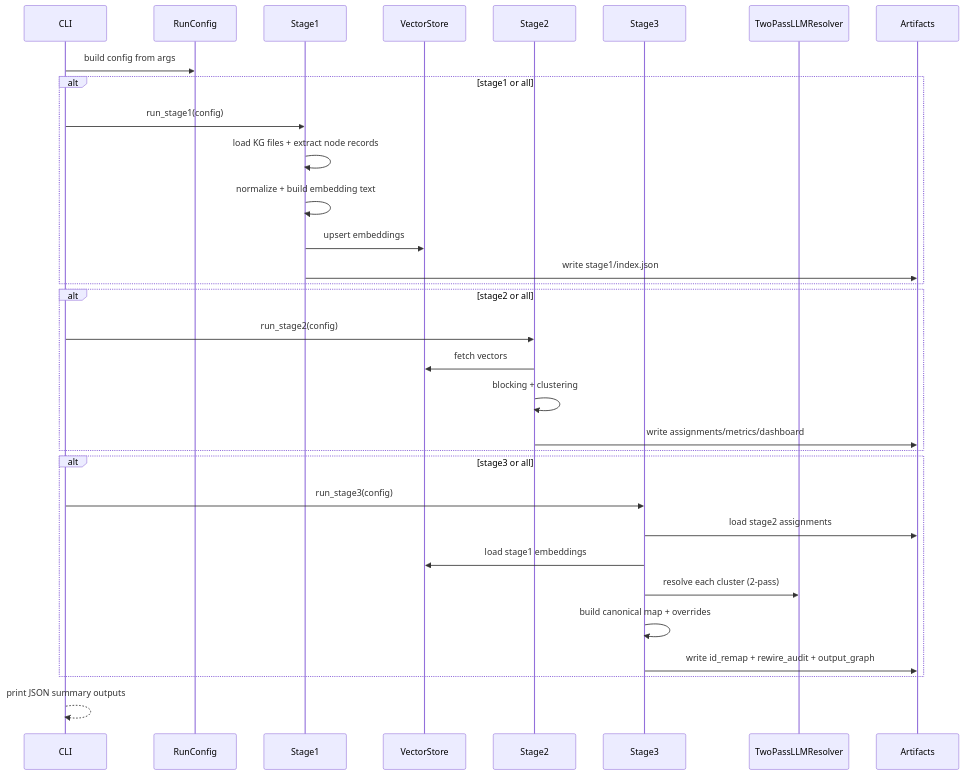
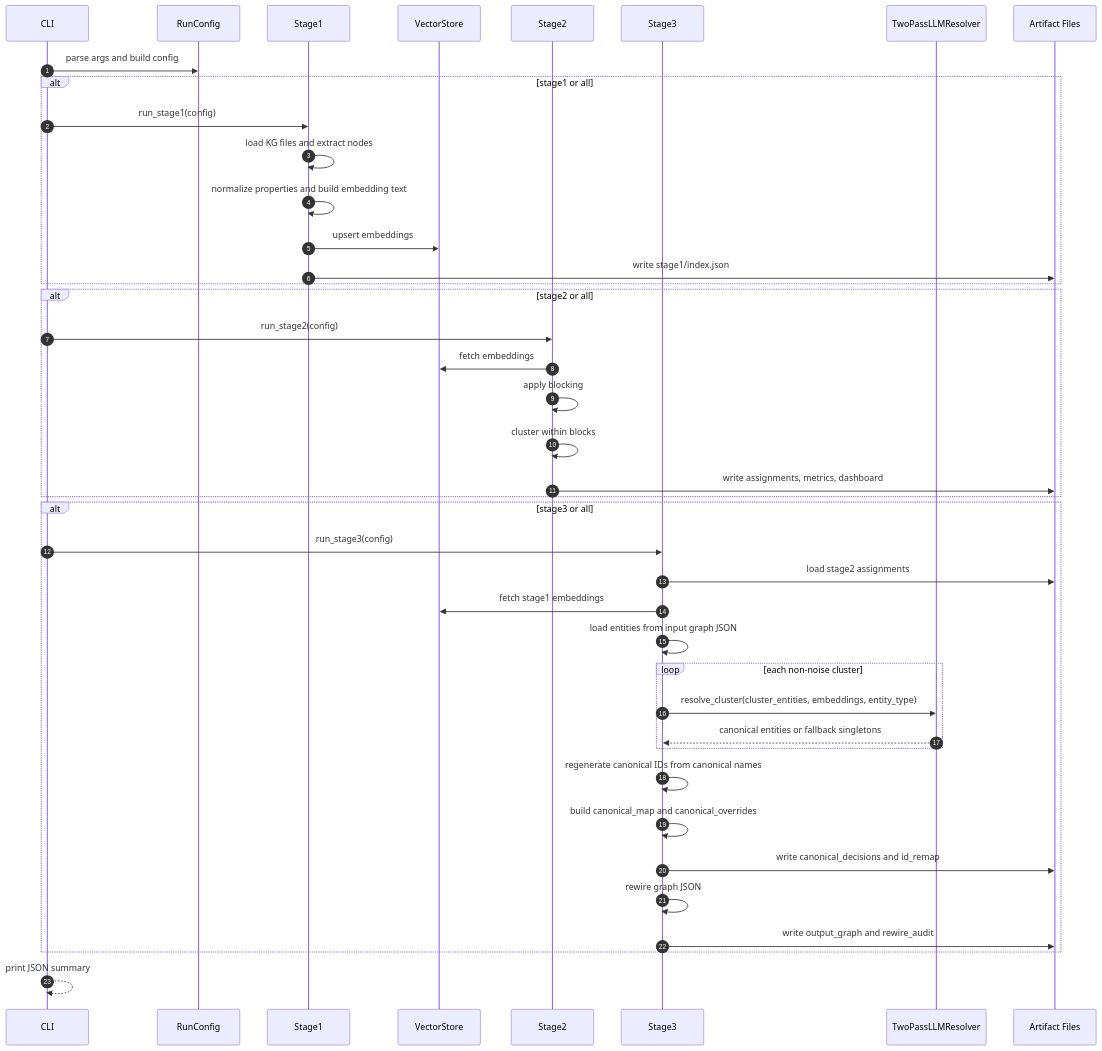
Before and after one commit to quyen20345/KGsAuto: the third of 9 diagrams in services/entity_resolution/README.md, drawn with Mermaid. The commit also changed other lines of this file and 76 other files, not shown here.

````diff
--- a/services/entity_resolution/README.md
+++ b/services/entity_resolution/README.md
@@ -74,39 +199,48 @@
 ```mermaid
 sequenceDiagram
-    participant C as CLI
-    participant G as RunConfig
+    autonumber
+    participant CLI as CLI
+    participant CFG as RunConfig
     participant S1 as Stage1
     participant VS as VectorStore
     participant S2 as Stage2
     participant S3 as Stage3
     participant LLM as TwoPassLLMResolver
-    participant FS as Artifacts
+    participant FS as Artifact Files
 
-    C->>G: build config from args
+    CLI->>CFG: parse args and build config
 
     alt stage1 or all
-      C->>S1: run_stage1(config)
-      S1->>S1: load KG files + extract node records
-      S1->>S1: normalize + build embedding text
-      S1->>VS: upsert embeddings
-      S1->>FS: write stage1/index.json
+        CLI->>S1: run_stage1(config)
+        S1->>S1: load KG files and extract nodes
+        S1->>S1: normalize properties and build embedding text
+        S1->>VS: upsert embeddings
+        S1->>FS: write stage1/index.json
     end
 
     alt stage2 or all
-      C->>S2: run_stage2(config)
-      S2->>VS: fetch vectors
-      S2->>S2: blocking + clustering
-      S2->>FS: write assignments/metrics/dashboard
+        CLI->>S2: run_stage2(config)
+        S2->>VS: fetch embeddings
+        S2->>S2: apply blocking
+        S2->>S2: cluster within blocks
+        S2->>FS: write assignments, metrics, dashboard
     end
 
     alt stage3 or all
-      C->>S3: run_stage3(config)
-      S3->>FS: load stage2 assignments
-      S3->>VS: load stage1 embeddings
-      S3->>LLM: resolve each cluster (2-pass)
-      S3->>S3: build canonical map + overrides
-      S3->>FS: write id_remap + rewire_audit + output_graph
+        CLI->>S3: run_stage3(config)
+        S3->>FS: load stage2 assignments
+        S3->>VS: fetch stage1 embeddings
+        S3->>S3: load entities from input graph JSON
+        loop each non-noise cluster
+            S3->>LLM: resolve_cluster(cluster_entities, embeddings, entity_type)
+            LLM-->>S3: canonical entities or fallback singletons
+        end
+        S3->>S3: regenerate canonical IDs from canonical names
+        S3->>S3: build canonical_map and canonical_overrides
+        S3->>FS: write canonical_decisions and id_remap
+        S3->>S3: rewire graph JSON
+        S3->>FS: write output_graph and rewire_audit
     end
 
-    C-->>C: print JSON summary outputs
+    CLI-->>CLI: print JSON summary
 ```
````
